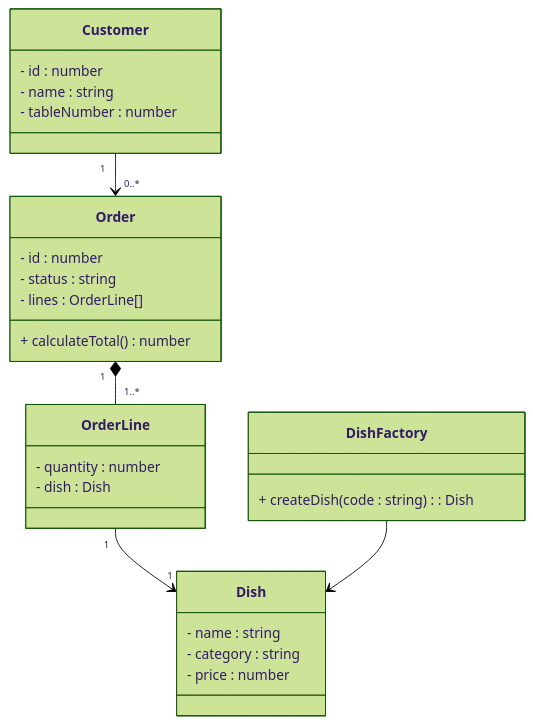
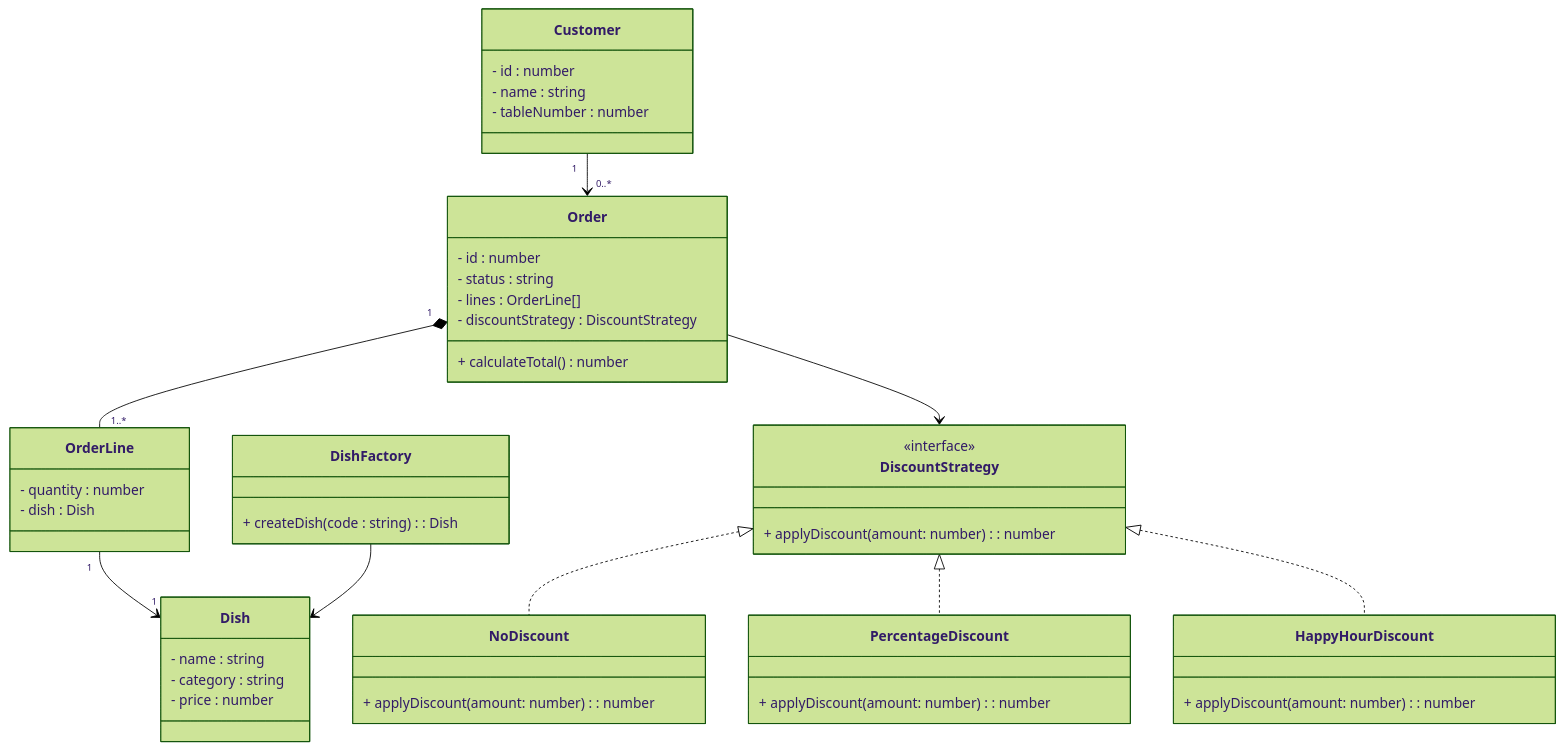
The diagram in Commande-Restaurant/commande-restaurant.md (Marjo14/Exo-marre), drawn with Mermaid (forest theme) before and after one commit.

Commit message:
Finalize Discount Strategy diagram  and strategy pattern

````diff
--- a/Commande-Restaurant/commande-restaurant.md
+++ b/Commande-Restaurant/commande-restaurant.md
@@ -10,34 +10,58 @@
  ```mermaid
 classDiagram
 class Order {
   - id : number
   - status : string
   - lines : OrderLine[]
+  - discountStrategy : DiscountStrategy
   + calculateTotal() number
 }
 class OrderLine {
   - quantity : number
   - dish : Dish
 }
 class Dish {
   - name : string
   - category : string
   - price : number
 }
 class Customer {
   - id : number
   - name : string
   - tableNumber : number
 }
 
 class DishFactory {
   + createDish(code : string) : Dish
 }
 
+class DiscountStrategy {
+  <<interface>>
+  + applyDiscount(amount: number) : number
+}
+
+class NoDiscount {
+  + applyDiscount(amount: number) : number
+}
+
+class PercentageDiscount {
+  + applyDiscount(amount: number) : number
+}
+
+class HappyHourDiscount{
+  + applyDiscount(amount: number) : number
+}
+
+
 Customer "1" --> "0..*" Order
 Order "1" *-- "1..*" OrderLine
 OrderLine "1" --> "1" Dish
 DishFactory --> Dish
+Order --> DiscountStrategy
+DiscountStrategy <|.. NoDiscount
+DiscountStrategy <|.. PercentageDiscount
+DiscountStrategy <|.. HappyHourDiscount
+
 
 
 ```
````
